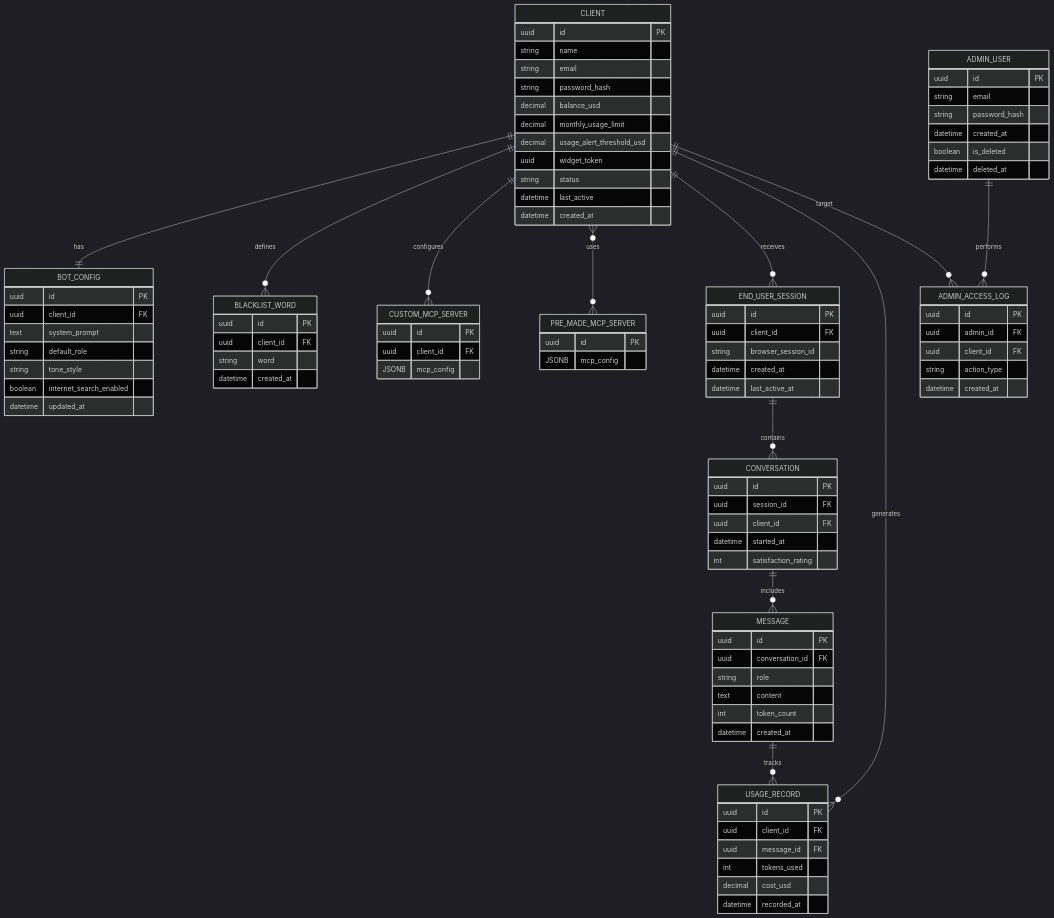
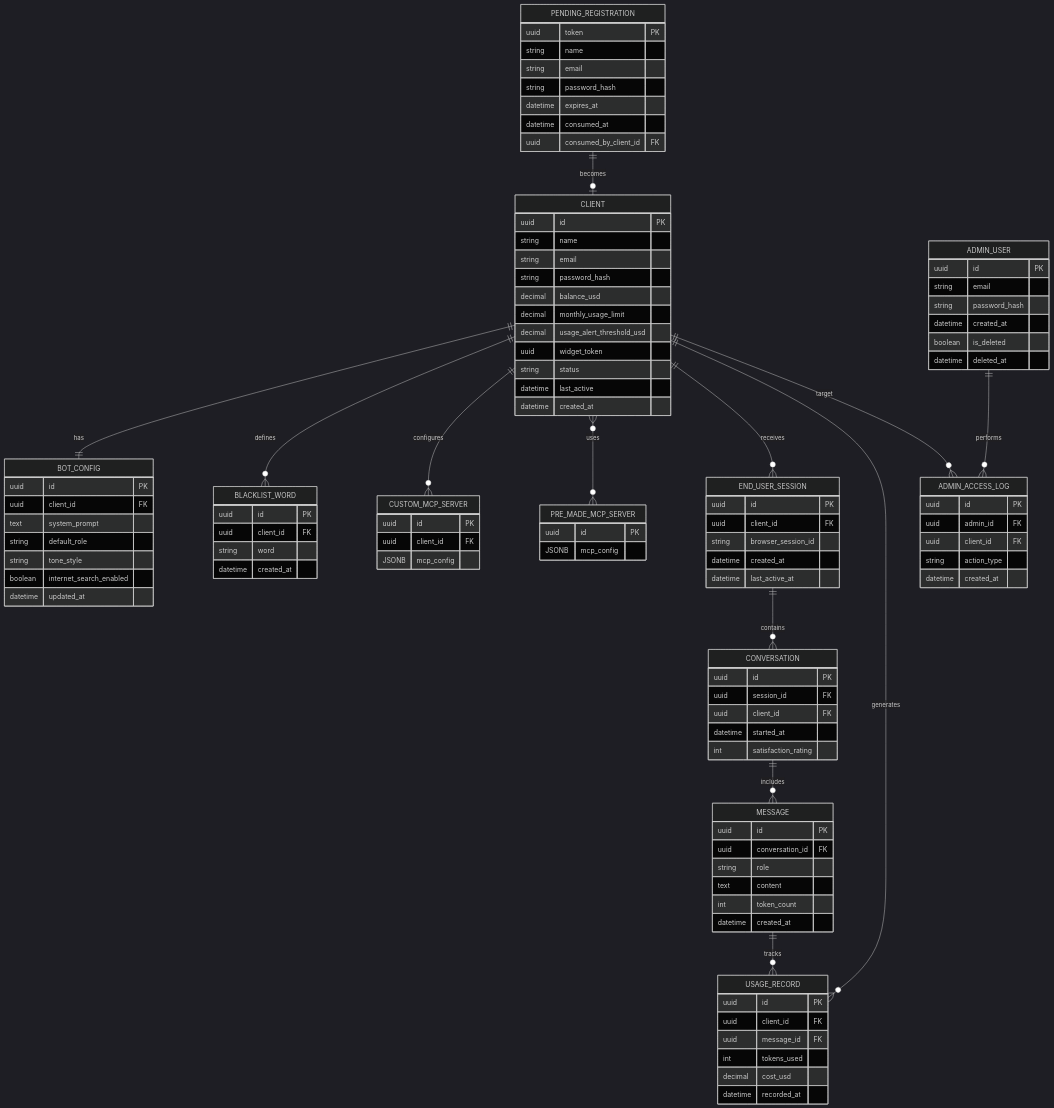
One commit to Talqo/talqo-platform changed the diagram in docs/architecture/ERD/main-mermaid.md. Above: the diagram before and after it, drawn with Mermaid (dark theme). The commit also changed 3 other files, not shown here.

First line of the commit message:
fix(routes): remove conflicting _backoffice layout and update ERD

````diff
--- a/docs/architecture/ERD/main-mermaid.md
+++ b/docs/architecture/ERD/main-mermaid.md
@@ -94,6 +94,16 @@
     }
 
     %% TODO: WIDGET_CONFIG entity is not yet defined — columns TBD
+    PENDING_REGISTRATION {
+        uuid token PK
+        string name
+        string email
+        string password_hash
+        datetime expires_at
+        datetime consumed_at
+        uuid consumed_by_client_id FK
+    }
+
     CLIENT ||--|| BOT_CONFIG : has
     CLIENT ||--o{ BLACKLIST_WORD : defines
     CLIENT ||--o{ CUSTOM_MCP_SERVER : configures
@@ -107,5 +117,6 @@
 
     ADMIN_USER ||--o{ ADMIN_ACCESS_LOG : performs
     CLIENT ||--o{ ADMIN_ACCESS_LOG : target
+    PENDING_REGISTRATION ||--o| CLIENT : becomes
 
 ```
````
